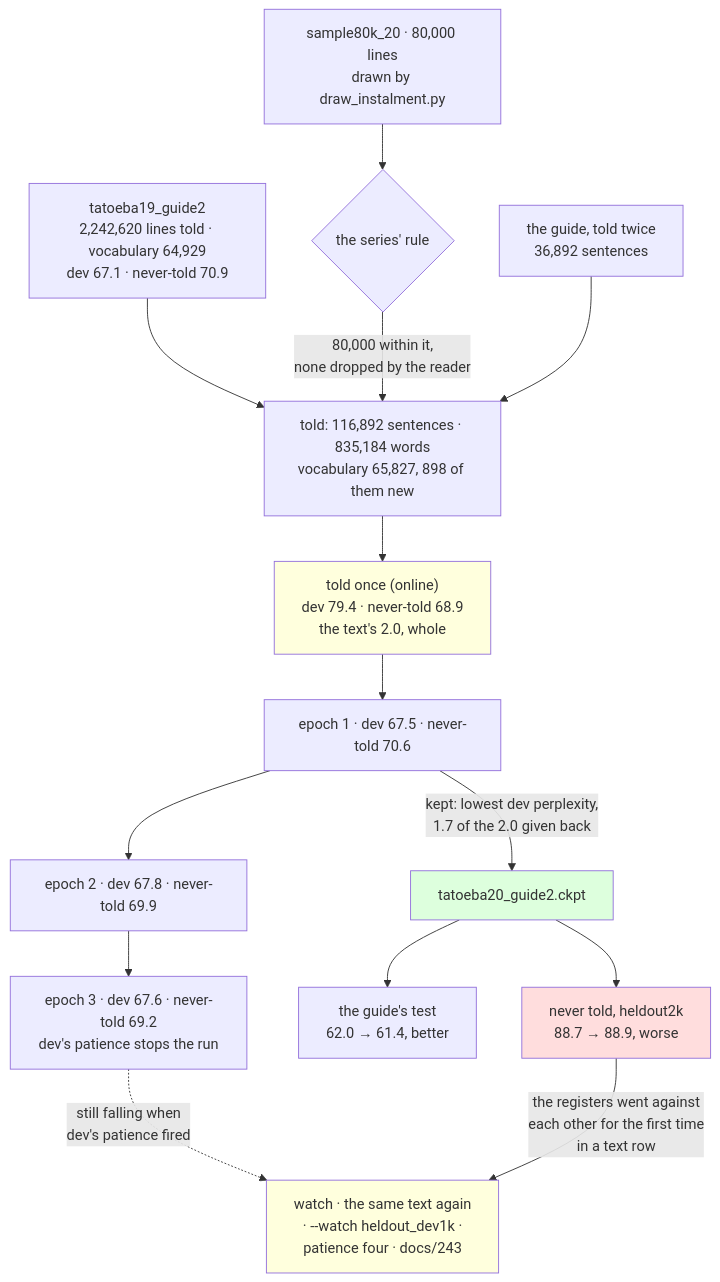
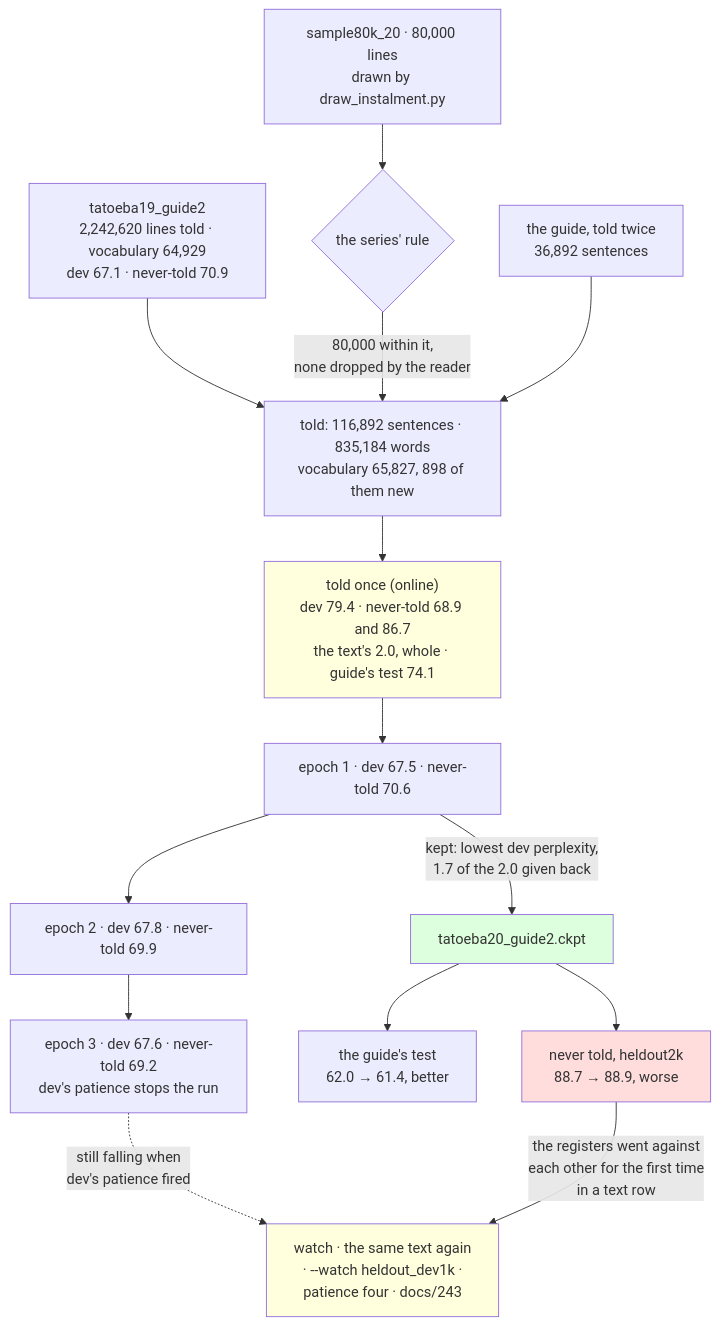
One commit to gemphi/phiano changed the diagram in docs/242_tatoeba_twenty_within_the_rule.md. Above: the diagram before and after it, drawn with Mermaid. The commit also changed other lines of this file and 1 other file, not shown here.

````diff
--- a/docs/242_tatoeba_twenty_within_the_rule.md
+++ b/docs/242_tatoeba_twenty_within_the_rule.md
@@ -89,20 +103,20 @@
 ```mermaid
 flowchart TB
     C19["tatoeba19_guide2<br/>2,242,620 lines told · vocabulary 64,929<br/>dev 67.1 · never-told 70.9"] --> T
     S["sample80k_20 · 80,000 lines<br/>drawn by draw_instalment.py"] --> R{"the series' rule"}
     R -->|"80,000 within it,<br/>none dropped by the reader"| T
     G["the guide, told twice<br/>36,892 sentences"] --> T
     T["told: 116,892 sentences · 835,184 words<br/>vocabulary 65,827, 898 of them new"] --> O
-    O["told once (online)<br/>dev 79.4 · never-told 68.9<br/>the text's 2.0, whole"] --> E1
+    O["told once (online)<br/>dev 79.4 · never-told 68.9 and 86.7<br/>the text's 2.0, whole · guide's test 74.1"] --> E1
     E1["epoch 1 · dev 67.5 · never-told 70.6"] --> E2["epoch 2 · dev 67.8 · never-told 69.9"]
     E2 --> E3["epoch 3 · dev 67.6 · never-told 69.2<br/>dev's patience stops the run"]
     E1 -->|"kept: lowest dev perplexity,<br/>1.7 of the 2.0 given back"| K["tatoeba20_guide2.ckpt"]
     K --> W1["the guide's test<br/>62.0 → 61.4, better"]
     K --> W2["never told, heldout2k<br/>88.7 → 88.9, worse"]
     E3 -.->|"still falling when<br/>dev's patience fired"| N
     W2 -->|"the registers went against<br/>each other for the first time<br/>in a text row"| N["watch · the same text again<br/>· --watch heldout_dev1k ·<br/>patience four · docs/243"]
     style K fill:#dfd
     style W2 fill:#fdd
     style O fill:#ffd
     style N fill:#ffd
 ```
````
